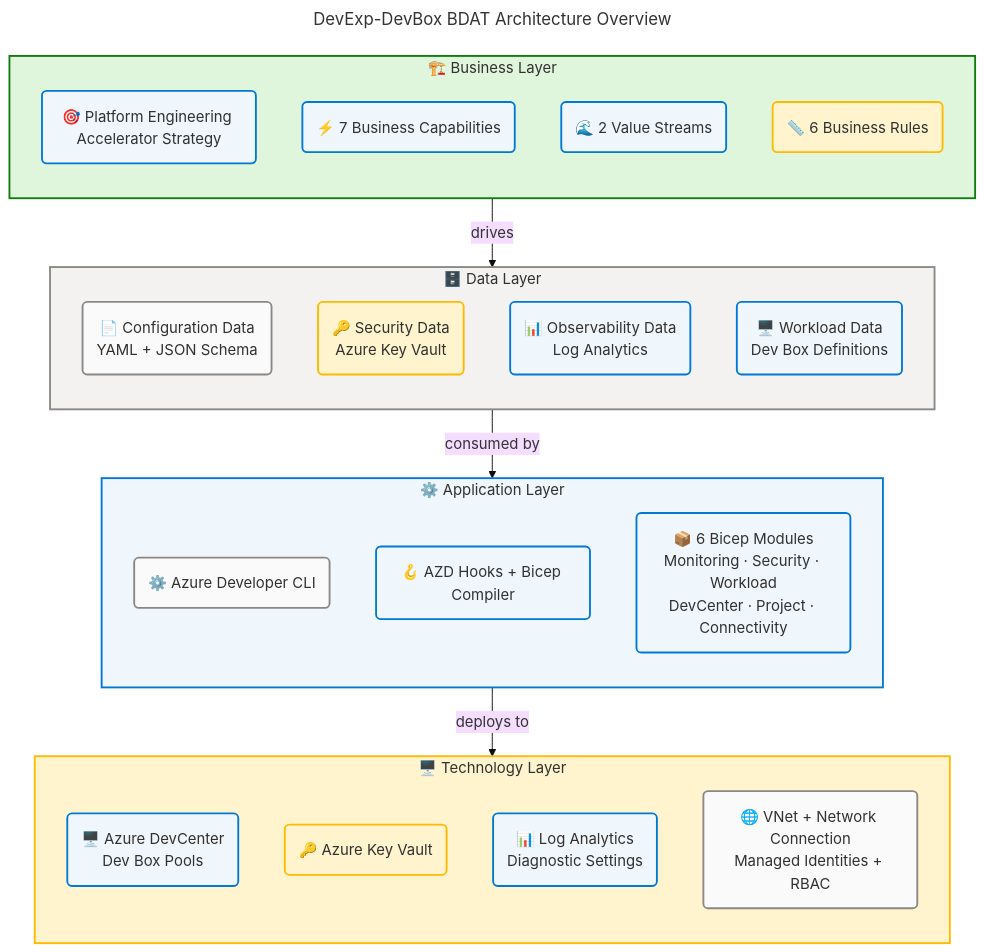
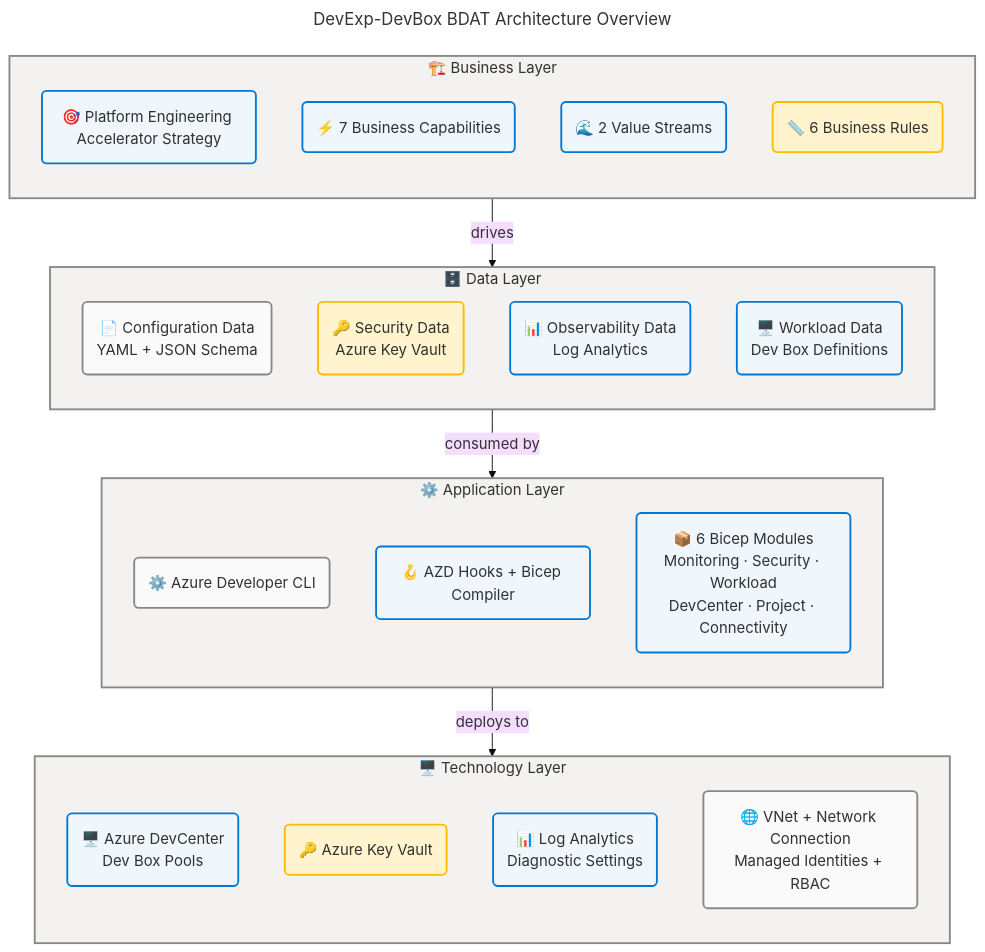
Before and after one commit to Evilazaro/DevExp-DevBox: the diagram in docs/architecture/README.md, drawn with Mermaid. The commit also changed 3 other files, not shown here.

Commit message:
refactor: Update Azure/Fluent Architecture Pattern version to 2.0 across architecture documentation

````diff
--- a/docs/architecture/README.md
+++ b/docs/architecture/README.md
@@ -156,71 +156,71 @@
 ```mermaid
 ---
 title: DevExp-DevBox BDAT Architecture Overview
 config:
   theme: base
   look: classic
   layout: dagre
   themeVariables:
     fontSize: '16px'
   flowchart:
     htmlLabels: true
 ---
 flowchart TB
     accTitle: DevExp-DevBox BDAT Architecture Overview
     accDescr: Four-layer  architecture showing the Business, Data, Application, and Technology layers of the DevExp-DevBox platform and their relationships.
 
     %% ═══════════════════════════════════════════════════════════════════════════
-    %% AZURE / FLUENT ARCHITECTURE PATTERN v1.1
+    %% AZURE / FLUENT ARCHITECTURE PATTERN v2.0
     %% (Semantic + Structural + Font + Accessibility Governance)
     %% ═══════════════════════════════════════════════════════════════════════════
     %% PHASE 1 - FLUENT UI: All styling uses approved Fluent UI palette only
     %% PHASE 2 - GROUPS: Every subgraph has semantic color via style directive
     %% PHASE 3 - COMPONENTS: Every node has semantic classDef + icon prefix
     %% PHASE 4 - ACCESSIBILITY: accTitle/accDescr present, WCAG AA contrast
     %% PHASE 5 - STANDARD: Governance block present, classDefs centralized
     %% ═══════════════════════════════════════════════════════════════════════════
 
     subgraph business["🏗️ Business Layer"]
         direction TB
         b1("🎯 Platform Engineering Accelerator Strategy"):::core
         b2("⚡ 7 Business Capabilities"):::core
         b3("🌊 2 Value Streams"):::core
         b4("📏 6 Business Rules"):::warning
     end
 
     subgraph data["🗄️ Data Layer"]
         direction TB
         d1("📄 Configuration Data<br>YAML + JSON Schema"):::neutral
         d2("🔑 Security Data<br>Azure Key Vault"):::warning
         d3("📊 Observability Data<br>Log Analytics"):::core
         d4("🖥️ Workload Data<br>Dev Box Definitions"):::core
     end
 
     subgraph application["⚙️ Application Layer"]
         direction TB
         a1("⚙️ Azure Developer CLI"):::neutral
         a2("🪝 AZD Hooks + Bicep Compiler"):::core
         a3("📦 6 Bicep Modules<br>Monitoring · Security · Workload<br>DevCenter · Project · Connectivity"):::core
     end
 
     subgraph technology["🖥️ Technology Layer"]
         direction TB
         t1("🖥️ Azure DevCenter<br>Dev Box Pools"):::core
         t2("🔑 Azure Key Vault"):::warning
         t3("📊 Log Analytics<br>Diagnostic Settings"):::core
         t4("🌐 VNet + Network Connection<br>Managed Identities + RBAC"):::neutral
     end
 
     business -->|"drives"| data
     data -->|"consumed by"| application
     application -->|"deploys to"| technology
 
-    style business fill:#DFF6DD,stroke:#107C10,stroke-width:2px,color:#323130
+    style business fill:#F3F2F1,stroke:#8A8886,stroke-width:2px,color:#323130
     style data fill:#F3F2F1,stroke:#8A8886,stroke-width:2px,color:#323130
-    style application fill:#EFF6FC,stroke:#0078D4,stroke-width:2px,color:#323130
-    style technology fill:#FFF4CE,stroke:#FFB900,stroke-width:2px,color:#323130
+    style application fill:#F3F2F1,stroke:#8A8886,stroke-width:2px,color:#323130
+    style technology fill:#F3F2F1,stroke:#8A8886,stroke-width:2px,color:#323130
 
     classDef core fill:#EFF6FC,stroke:#0078D4,stroke-width:2px,color:#323130
     classDef warning fill:#FFF4CE,stroke:#FFB900,stroke-width:2px,color:#323130
     classDef neutral fill:#FAFAFA,stroke:#8A8886,stroke-width:2px,color:#323130
 ```
````
